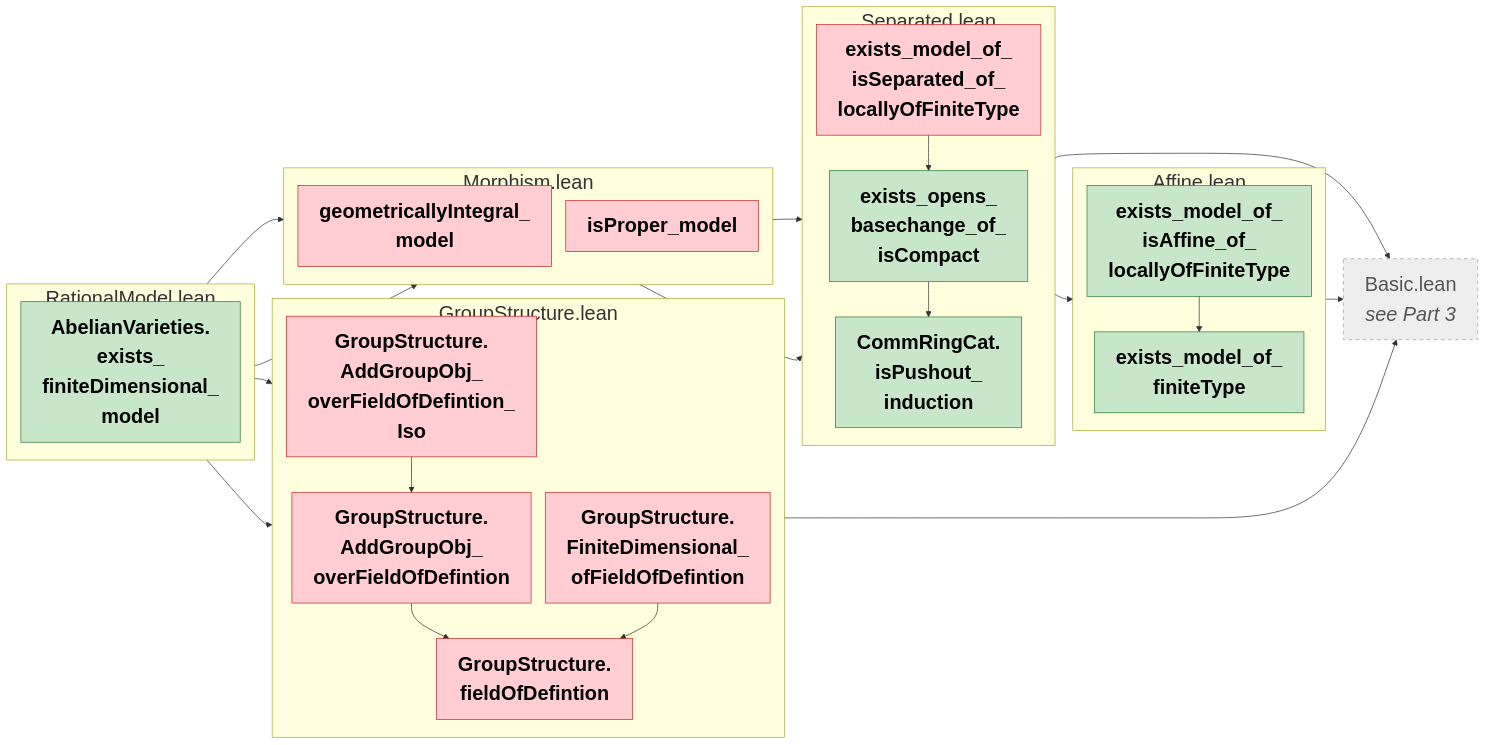
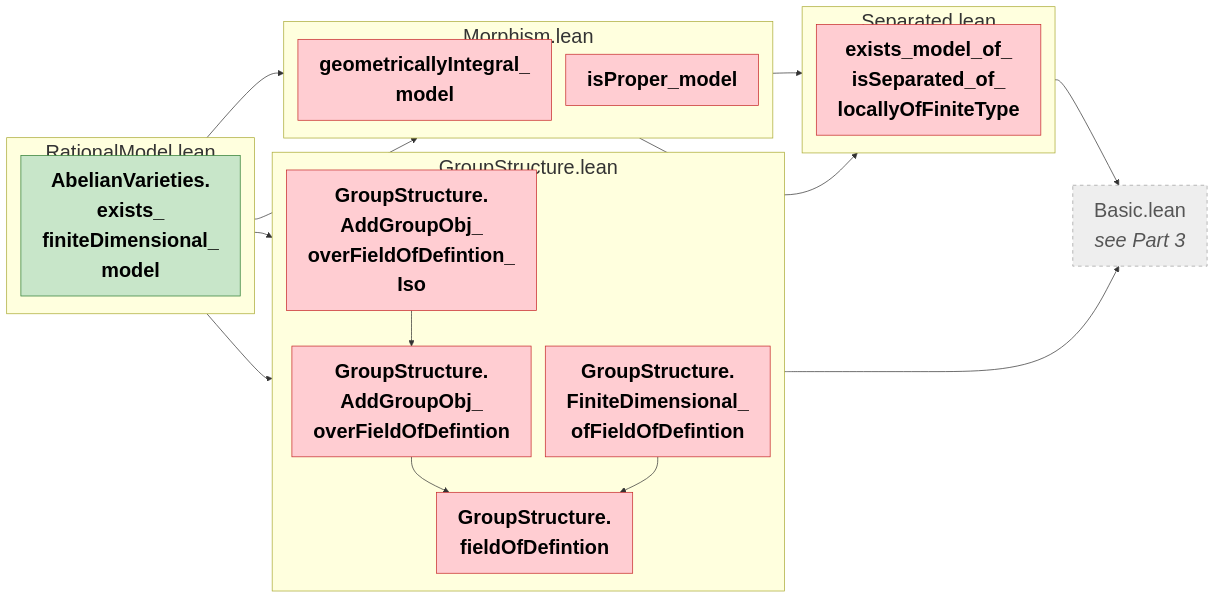
One commit to abhijitaj1997/CMAbelianVarieties changed the fourth of 5 diagrams in CMAbelianVarieties/MindMapStep2.md. Above: the diagram before and after it, drawn with Mermaid. The commit also changed other lines of this file and 5 other files, not shown here.

````diff
--- a/CMAbelianVarieties/MindMapStep2.md
+++ b/CMAbelianVarieties/MindMapStep2.md
@@ -315,57 +316,45 @@
 ```mermaid
 %%{init: {"flowchart": {"useMaxWidth": false, "rankSpacing": 25, "nodeSpacing": 20}, "themeVariables": {"fontSize": "28px"}}}%%
 graph LR
   subgraph m_CMAbelianVarieties_AlgebraicGeometry_AbelianVarieties_RationalModel["RationalModel.lean"]
     direction TB
     n_AbelianVarieties_exists_finiteDimensional_model["<b>AbelianVarieties.<br/>exists_<br/>finiteDimensional_<br/>model</b>"]
-  end
-  subgraph m_CMAbelianVarieties_AlgebraicGeometry_RationalModel_Affine["Affine.lean"]
-    direction TB
-    n_exists_model_of_finiteType["<b>exists_model_of_<br/>finiteType</b>"]
-    n_exists_model_of_isAffine_of_locallyOfFiniteType["<b>exists_model_of_<br/>isAffine_of_<br/>locallyOfFiniteType</b>"]
   end
   subgraph m_CMAbelianVarieties_AlgebraicGeometry_RationalModel_GroupStructure["GroupStructure.lean"]
     direction TB
     n_GroupStructure_AddGroupObj_overFieldOfDefintion["<b>GroupStructure.<br/>AddGroupObj_<br/>overFieldOfDefintion</b>"]
     n_GroupStructure_AddGroupObj_overFieldOfDefintion_Iso["<b>GroupStructure.<br/>AddGroupObj_<br/>overFieldOfDefintion_<br/>Iso</b>"]
     n_GroupStructure_FiniteDimensional_ofFieldOfDefintion["<b>GroupStructure.<br/>FiniteDimensional_<br/>ofFieldOfDefintion</b>"]
     n_GroupStructure_fieldOfDefintion["<b>GroupStructure.<br/>fieldOfDefintion</b>"]
   end
   subgraph m_CMAbelianVarieties_AlgebraicGeometry_RationalModel_Morphism["Morphism.lean"]
     direction TB
     n_geometricallyIntegral_model["<b>geometricallyIntegral_<br/>model</b>"]
     n_isProper_model["<b>isProper_model</b>"]
   end
   subgraph m_CMAbelianVarieties_AlgebraicGeometry_RationalModel_Separated["Separated.lean"]
     direction TB
-    n_CommRingCat_isPushout_induction["<b>CommRingCat.<br/>isPushout_<br/>induction</b>"]
     n_exists_model_of_isSeparated_of_locallyOfFiniteType["<b>exists_model_of_<br/>isSeparated_of_<br/>locallyOfFiniteType</b>"]
-    n_exists_opens_basechange_of_isCompact["<b>exists_opens_<br/>basechange_of_<br/>isCompact</b>"]
   end
   x_CMAbelianVarieties_AlgebraicGeometry_Basic["Basic.lean<br/><i>see Part 3</i>"]
 
   n_AbelianVarieties_exists_finiteDimensional_model --> n_GroupStructure_AddGroupObj_overFieldOfDefintion_Iso
   n_AbelianVarieties_exists_finiteDimensional_model --> n_GroupStructure_FiniteDimensional_ofFieldOfDefintion
   n_AbelianVarieties_exists_finiteDimensional_model --> n_geometricallyIntegral_model
   n_AbelianVarieties_exists_finiteDimensional_model --> n_isProper_model
   n_GroupStructure_AddGroupObj_overFieldOfDefintion --> n_GroupStructure_fieldOfDefintion
   n_GroupStructure_AddGroupObj_overFieldOfDefintion_Iso --> n_GroupStructure_AddGroupObj_overFieldOfDefintion
   n_GroupStructure_FiniteDimensional_ofFieldOfDefintion --> n_GroupStructure_fieldOfDefintion
   n_GroupStructure_fieldOfDefintion --> x_CMAbelianVarieties_AlgebraicGeometry_Basic
-  n_exists_model_of_isAffine_of_locallyOfFiniteType --> n_exists_model_of_finiteType
-  n_exists_model_of_isAffine_of_locallyOfFiniteType --> x_CMAbelianVarieties_AlgebraicGeometry_Basic
-  n_exists_model_of_isSeparated_of_locallyOfFiniteType --> n_exists_model_of_isAffine_of_locallyOfFiniteType
-  n_exists_model_of_isSeparated_of_locallyOfFiniteType --> n_exists_opens_basechange_of_isCompact
-  n_exists_opens_basechange_of_isCompact --> n_CommRingCat_isPushout_induction
-  n_exists_opens_basechange_of_isCompact --> x_CMAbelianVarieties_AlgebraicGeometry_Basic
+  n_exists_model_of_isSeparated_of_locallyOfFiniteType --> x_CMAbelianVarieties_AlgebraicGeometry_Basic
   n_geometricallyIntegral_model --> n_exists_model_of_isSeparated_of_locallyOfFiniteType
   n_isProper_model --> n_exists_model_of_isSeparated_of_locallyOfFiniteType
 
   classDef ok fill:#c8e6c9,stroke:#2e7d32,color:#000
   classDef bad fill:#ffcdd2,stroke:#c62828,color:#000
   classDef main fill:#ffd54f,stroke:#b8860b,stroke-width:3px,color:#000
   classDef ext fill:#eeeeee,stroke:#9e9e9e,stroke-dasharray:5 5,color:#555
-  class n_AbelianVarieties_exists_finiteDimensional_model,n_CommRingCat_isPushout_induction,n_exists_model_of_finiteType,n_exists_model_of_isAffine_of_locallyOfFiniteType,n_exists_opens_basechange_of_isCompact ok
+  class n_AbelianVarieties_exists_finiteDimensional_model ok
   class n_GroupStructure_AddGroupObj_overFieldOfDefintion,n_GroupStructure_AddGroupObj_overFieldOfDefintion_Iso,n_GroupStructure_FiniteDimensional_ofFieldOfDefintion,n_GroupStructure_fieldOfDefintion,n_exists_model_of_isSeparated_of_locallyOfFiniteType,n_geometricallyIntegral_model,n_isProper_model bad
   class x_CMAbelianVarieties_AlgebraicGeometry_Basic ext
 ```
````
